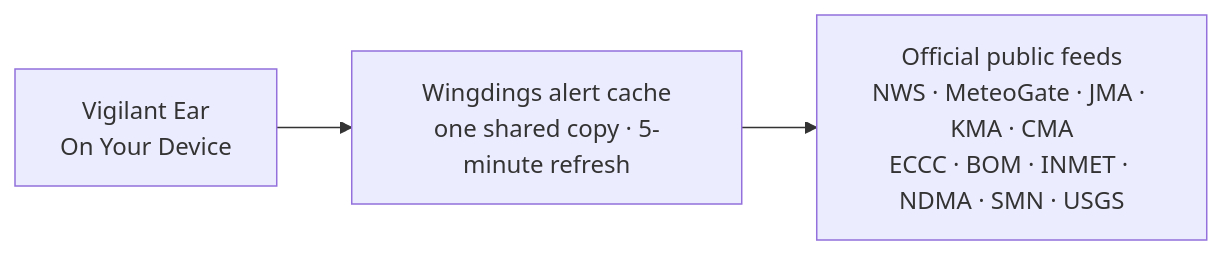
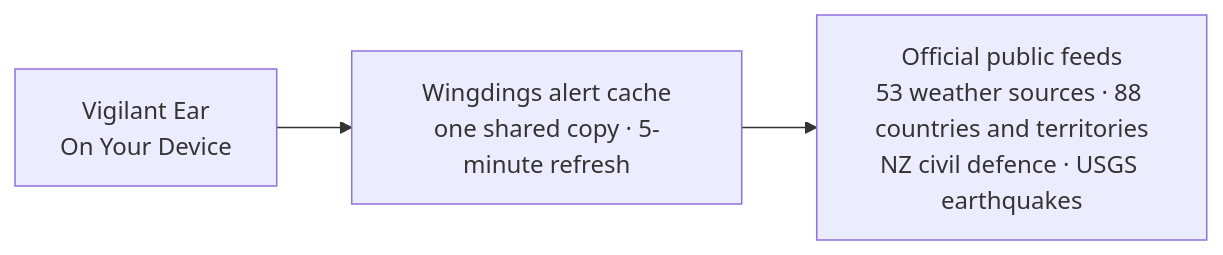
Before and after one commit to rpalm01-star/VigilantEarLegal: the fourth of 4 diagrams in README.md, drawn with Mermaid. The commit also changed other lines of this file and 44 other files, not shown here.

First line of the commit message:
docs ×15: count the weather sources instead of naming them; credits move to the README

````diff
--- a/README.md
+++ b/README.md
@@ -171,5 +171,5 @@
 ```mermaid
 graph LR
     P1["Vigilant Ear<br/>On Your Device"] --> W["Wingdings alert cache<br/>one shared copy · 5-minute refresh"]
-    W --> N["Official public feeds<br/>NWS · MeteoGate · JMA · KMA · CMA<br/>ECCC · BOM · INMET · NDMA · SMN · USGS"]
+    W --> N["Official public feeds<br/>53 weather sources · 88 countries and territories<br/>NZ civil defence · USGS earthquakes"]
 ```
````
